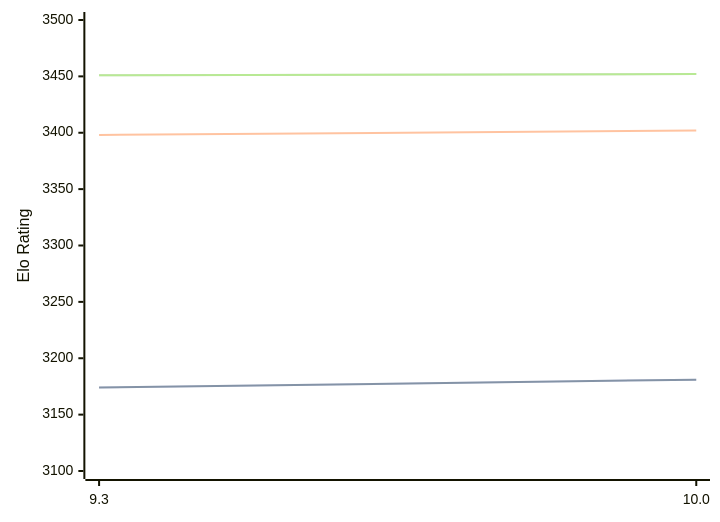
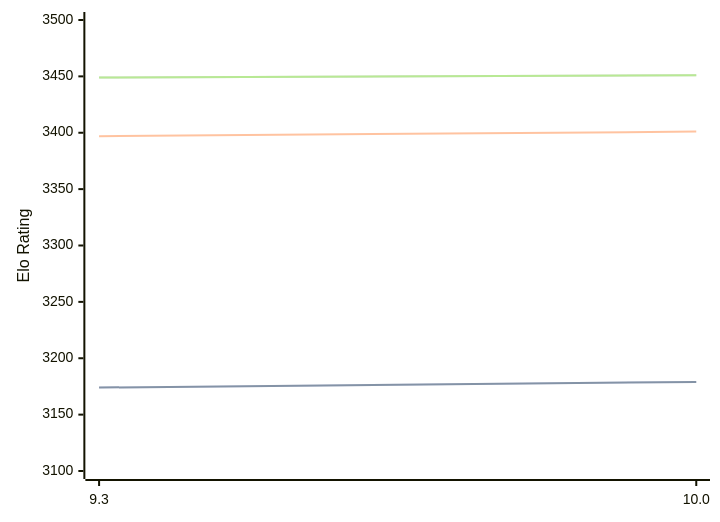
The diagram in engines/Fire.md (computer-chess-index/cci), drawn with Mermaid before and after one commit. The commit also changed other lines of this file, not shown here.

Commit message:
Update CCI Ratings (ELO VLTC) - 2026-04-06

````diff
--- a/engines/Fire.md
+++ b/engines/Fire.md
@@ -47,11 +47,11 @@
 ```mermaid
 %%{init: {"theme":"base","themeVariables":{"seriesColors:['#a3a3a3','#222221','#faa371']}}}%%
 xychart-beta
   x-axis ["9.3", "10.0"]
   y-axis "Elo Rating" 3100 --> 3500
-  line "STC (8.0+0.08s)" [3174, 3181]
-  line "STC (8.0+0.08s)" [3174, 3181]
-  line "LTC (60.0+0.60s)" [3398, 3402]
-  line "VLTC (2m24s+1.12s)" [3451, 3452]
-  line "VLTC (2m24s+1.12s)" [3451, 3452]
+  line "STC (8.0+0.08s)" [3174, 3179]
+  line "STC (8.0+0.08s)" [3174, 3179]
+  line "LTC (60.0+0.60s)" [3397, 3401]
+  line "VLTC (2m24s+1.12s)" [3449, 3451]
+  line "VLTC (2m24s+1.12s)" [3449, 3451]
 ```
````
